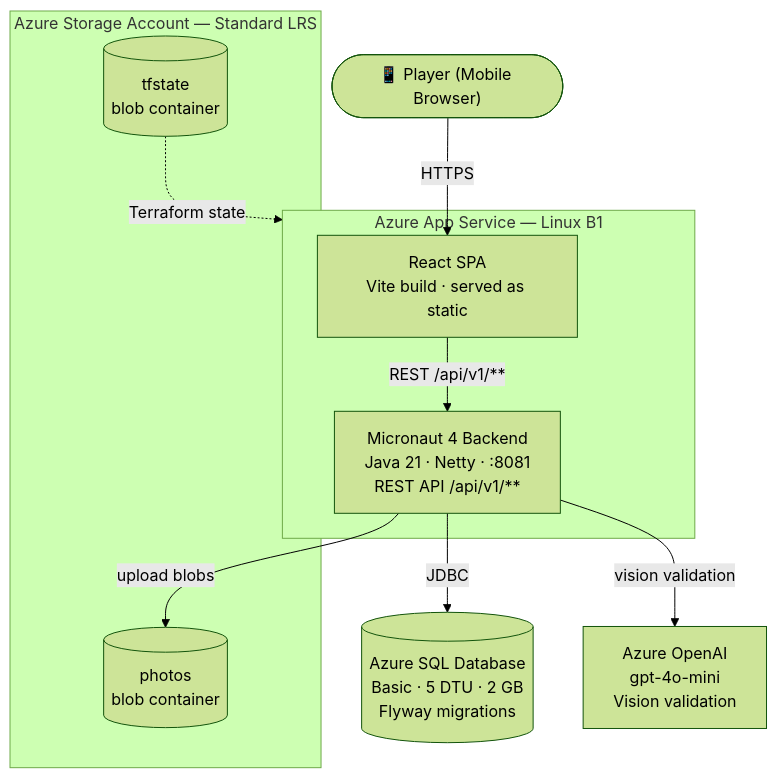
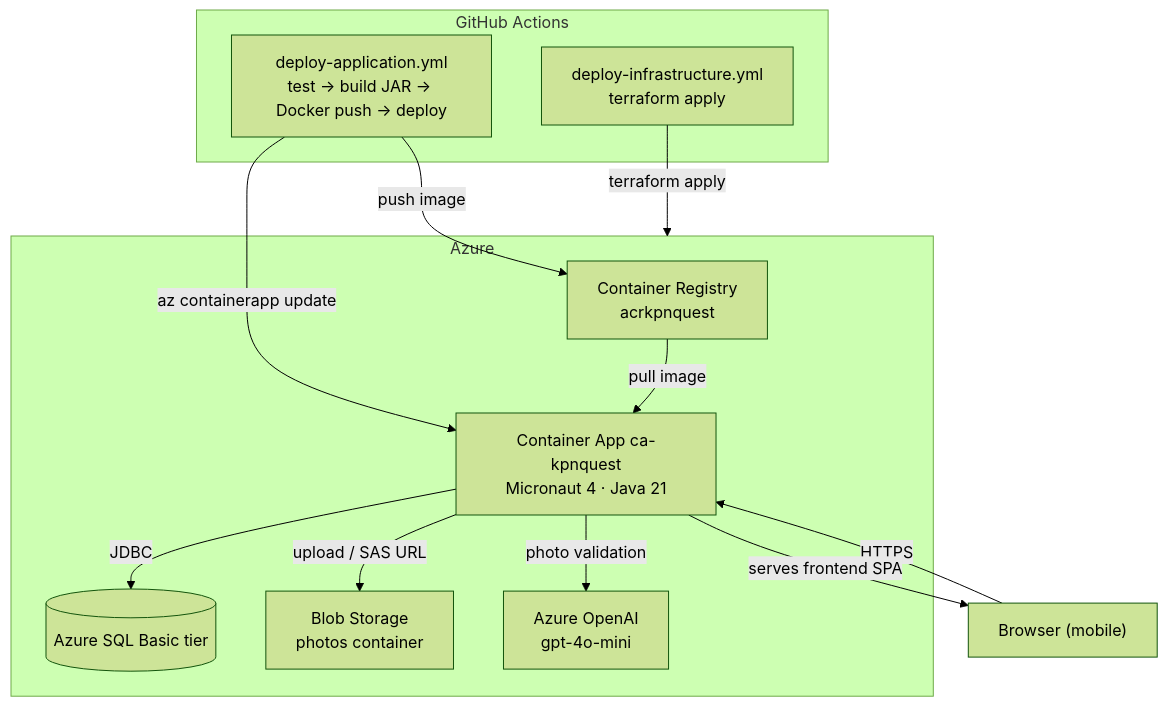
The diagram in README.md (ptjuanramos/pha-ngan-quest-combine), drawn with Mermaid (forest theme) before and after one commit. The commit also changed other lines of this file and 3 other files, not shown here.

Commit message:
try to fix deployment and deploy to container

````diff
--- a/README.md
+++ b/README.md
@@ -9,24 +7,25 @@
 ```mermaid
 graph TD
-    Player(["📱 Player (Mobile Browser)"])
-
-    subgraph AppService["Azure App Service — Linux B1"]
-        SPA["React SPA\nVite build · served as static"]
-        API["Micronaut 4 Backend\nJava 21 · Netty · :8081\nREST API /api/v1/**"]
+    subgraph CICD ["GitHub Actions"]
+        GH_APP[deploy-application.yml<br/>test → build JAR → Docker push → deploy]
+        GH_INF[deploy-infrastructure.yml<br/>terraform apply]
     end
 
-    subgraph Storage["Azure Storage Account — Standard LRS"]
-        Photos[("photos\nblob container")]
-        TFState[("tfstate\nblob container")]
+    subgraph Azure
+        ACR[Container Registry<br/>acrkpnquest]
+        CA[Container App ca-kpnquest<br/>Micronaut 4 · Java 21]
+        SQL[(Azure SQL Basic tier)]
+        BLOB[Blob Storage<br/>photos container]
+        OAI[Azure OpenAI<br/>gpt-4o-mini]
     end
 
-    SQL[("Azure SQL Database\nBasic · 5 DTU · 2 GB\nFlyway migrations")]
-    OpenAI["Azure OpenAI\ngpt-4o-mini\nVision validation"]
-
-    Player -->|HTTPS| SPA
-    SPA -->|REST /api/v1/**| API
-    API -->|JDBC| SQL
-    API -->|upload blobs| Photos
-    API -->|vision validation| OpenAI
-    TFState -.->|Terraform state| AppService
+    Browser["Browser (mobile)"] -->|HTTPS| CA
+    CA -->|serves frontend SPA| Browser
+    CA -->|JDBC| SQL
+    CA -->|upload / SAS URL| BLOB
+    CA -->|photo validation| OAI
+    GH_APP -->|push image| ACR
+    GH_APP -->|az containerapp update| CA
+    ACR -->|pull image| CA
+    GH_INF -->|terraform apply| Azure
 ```
````
